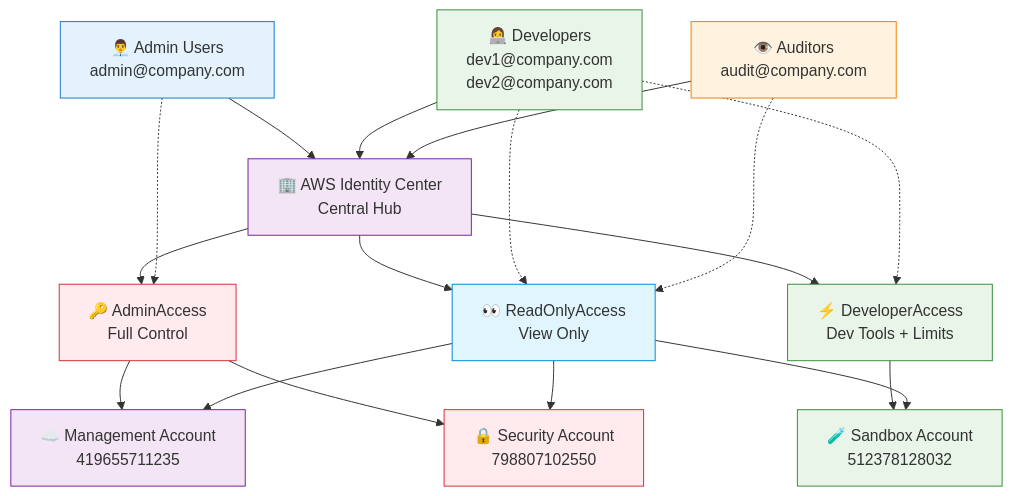
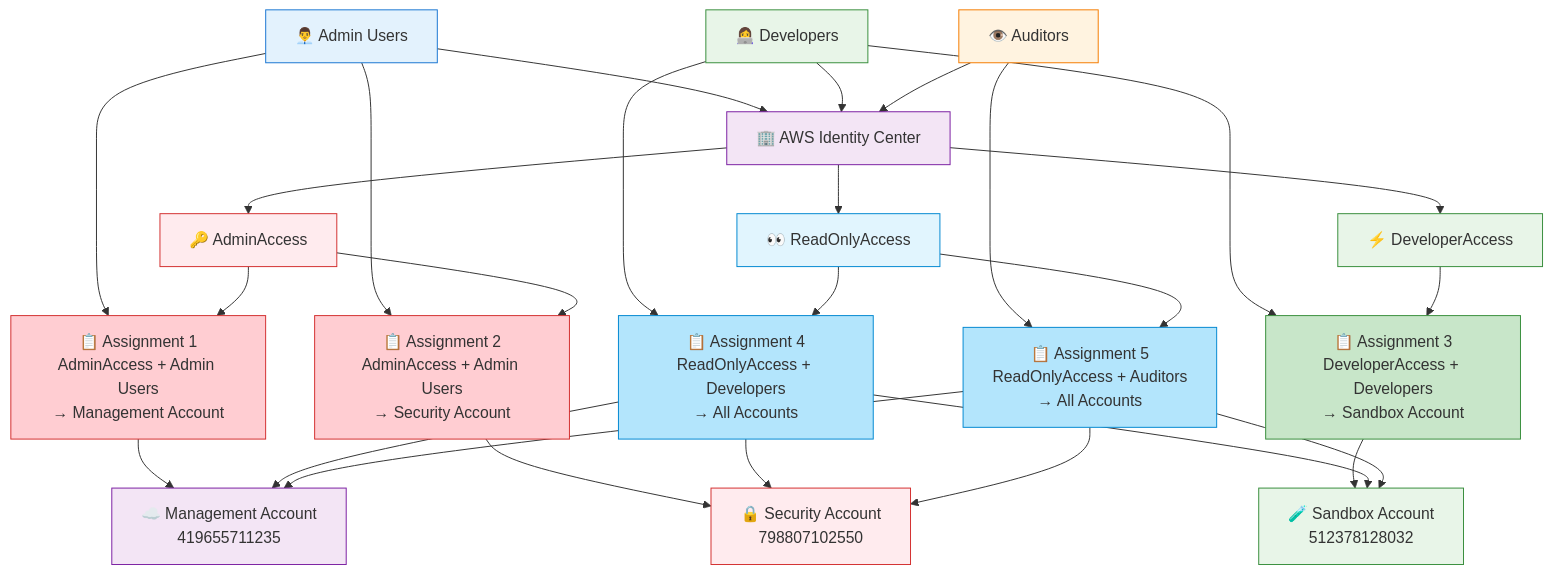
One commit to JEEJY30/Terraform-IAC-Projects changed the diagram in README.md. Above: the diagram before and after it, drawn with Mermaid.

````diff
--- a/README.md
+++ b/README.md
@@ -91,61 +91,76 @@
 ```mermaid
 graph TB
     %% Users and Groups
-    A1[👨‍💼 Admin Users<br/>admin@company.com] 
-    A2[👩‍💻 Developers<br/>dev1@company.com<br/>dev2@company.com]
-    A3[👁️ Auditors<br/>audit@company.com]
+    A1[👨‍💼 Admin Users]
+    A2[👩‍💻 Developers] 
+    A3[👁️ Auditors]
     
     %% Identity Center
-    B[🏢 AWS Identity Center<br/>Central Hub]
+    B[🏢 AWS Identity Center]
     
     %% Permission Sets
-    C1[🔑 AdminAccess<br/>Full Control]
-    C2[⚡ DeveloperAccess<br/>Dev Tools + Limits]
-    C3[👀 ReadOnlyAccess<br/>View Only]
+    C1[🔑 AdminAccess]
+    C2[⚡ DeveloperAccess]
+    C3[👀 ReadOnlyAccess]
+    
+    %% Account Assignments (Permission Set + User + Account)
+    D1[📋 Assignment 1<br/>AdminAccess + Admin Users<br/>→ Management Account]
+    D2[📋 Assignment 2<br/>AdminAccess + Admin Users<br/>→ Security Account]
+    D3[📋 Assignment 3<br/>DeveloperAccess + Developers<br/>→ Sandbox Account]
+    D4[📋 Assignment 4<br/>ReadOnlyAccess + Developers<br/>→ All Accounts]
+    D5[📋 Assignment 5<br/>ReadOnlyAccess + Auditors<br/>→ All Accounts]
     
     %% AWS Accounts
     E[☁️ Management Account<br/>419655711235]
     F[🧪 Sandbox Account<br/>512378128032]
     G[🔒 Security Account<br/>798807102550]
     
-    %% User to Identity Center
+    %% Flow connections
     A1 --> B
     A2 --> B
     A3 --> B
     
-    %% Identity Center to Permission Sets
     B --> C1
     B --> C2
     B --> C3
     
-    %% Permission Set Assignments to Accounts
-    C1 --> E
-    C1 --> G
-    C2 --> F
-    C3 --> E
-    C3 --> F
-    C3 --> G
+    %% Assignment creation (combines user + permission set)
+    A1 --> D1
+    C1 --> D1
+    A1 --> D2
+    C1 --> D2
+    A2 --> D3
+    C2 --> D3
+    A2 --> D4
+    C3 --> D4
+    A3 --> D5
+    C3 --> D5
     
-    %% Assignment Mappings (dotted lines show who gets what)
-    A1 -.-> C1
-    A2 -.-> C2
-    A2 -.-> C3
-    A3 -.-> C3
+    %% Assignments grant access to accounts
+    D1 --> E
+    D2 --> G
+    D3 --> F
+    D4 --> E
+    D4 --> F
+    D4 --> G
+    D5 --> E
+    D5 --> F
+    D5 --> G
     
     %% Styling
     style A1 fill:#e3f2fd,stroke:#1976d2
     style A2 fill:#e8f5e8,stroke:#388e3c
     style A3 fill:#fff3e0,stroke:#f57c00
     style B fill:#f3e5f5,stroke:#7b1fa2
     style C1 fill:#ffebee,stroke:#d32f2f
     style C2 fill:#e8f5e8,stroke:#388e3c
     style C3 fill:#e1f5fe,stroke:#0288d1
+    style D1 fill:#ffcdd2,stroke:#d32f2f
+    style D2 fill:#ffcdd2,stroke:#d32f2f
+    style D3 fill:#c8e6c9,stroke:#388e3c
+    style D4 fill:#b3e5fc,stroke:#0288d1
+    style D5 fill:#b3e5fc,stroke:#0288d1
     style E fill:#f3e5f5,stroke:#7b1fa2
     style F fill:#e8f5e8,stroke:#388e3c
     style G fill:#ffebee,stroke:#d32f2f
-    
-    %% Labels for clarity
-    classDef userGroup fill:#e3f2fd,stroke:#1976d2,stroke-width:2px
-    classDef permissionSet fill:#fff3e0,stroke:#f57c00,stroke-width:2px
-    classDef account fill:#f3e5f5,stroke:#7b1fa2,stroke-width:2px
 ```
````
